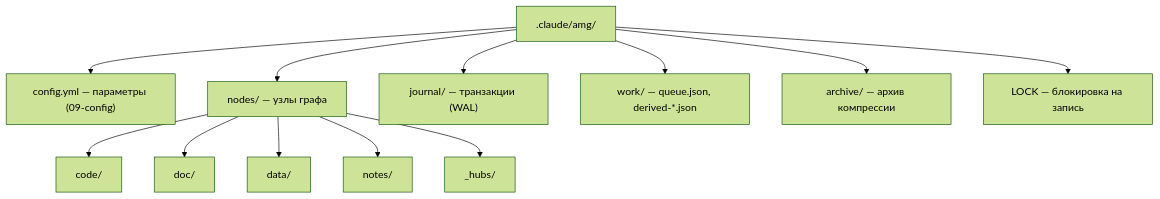
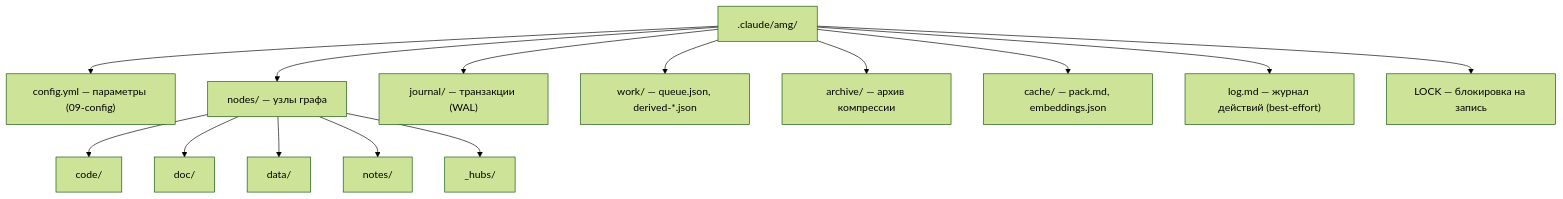
One commit to Kvazar123/llm-amg changed the second of 2 diagrams in docs/ru/architecture/02-data-model.md. Above: the diagram before and after it, drawn with Mermaid (forest theme). The commit also changed other lines of this file and 8 other files, not shown here.

First line of the commit message:
docs(arch): fix code mismatches in architecture 01-10 (stage 7, task 2)

````diff
--- a/docs/ru/architecture/02-data-model.md
+++ b/docs/ru/architecture/02-data-model.md
@@ -187,14 +187,16 @@
 ```mermaid
 flowchart TD
     R[".claude/amg/"] --> CFG["config.yml — параметры (09-config)"]
     R --> N["nodes/ — узлы графа"]
     R --> J["journal/ — транзакции (WAL)"]
     R --> W["work/ — queue.json, derived-*.json"]
     R --> A["archive/ — архив компрессии"]
+    R --> CA["cache/ — pack.md, embeddings.json"]
+    R --> LG["log.md — журнал действий (best-effort)"]
     R --> L["LOCK — блокировка на запись"]
     N --> NC["code/"]
     N --> ND["doc/"]
     N --> NA["data/"]
     N --> NN["notes/"]
     N --> NH["_hubs/"]
 ```
````
